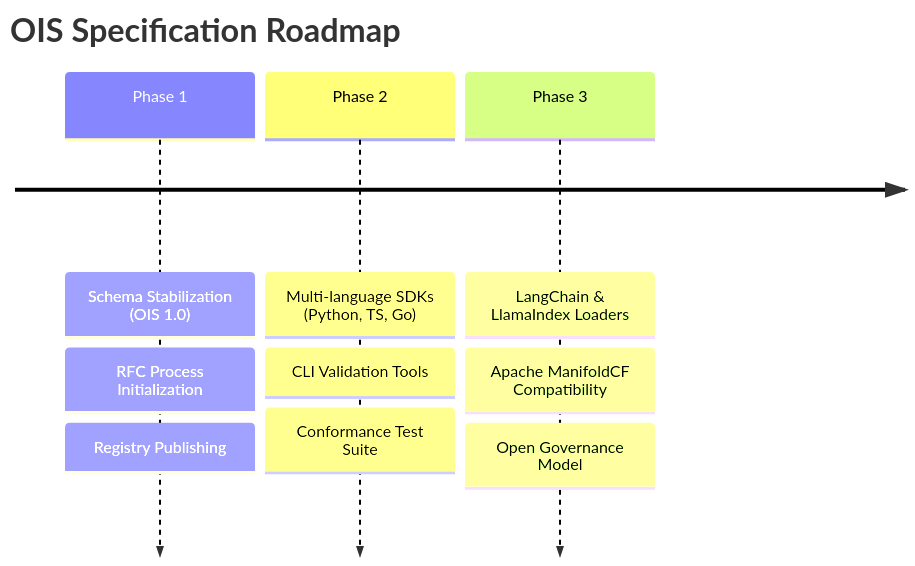
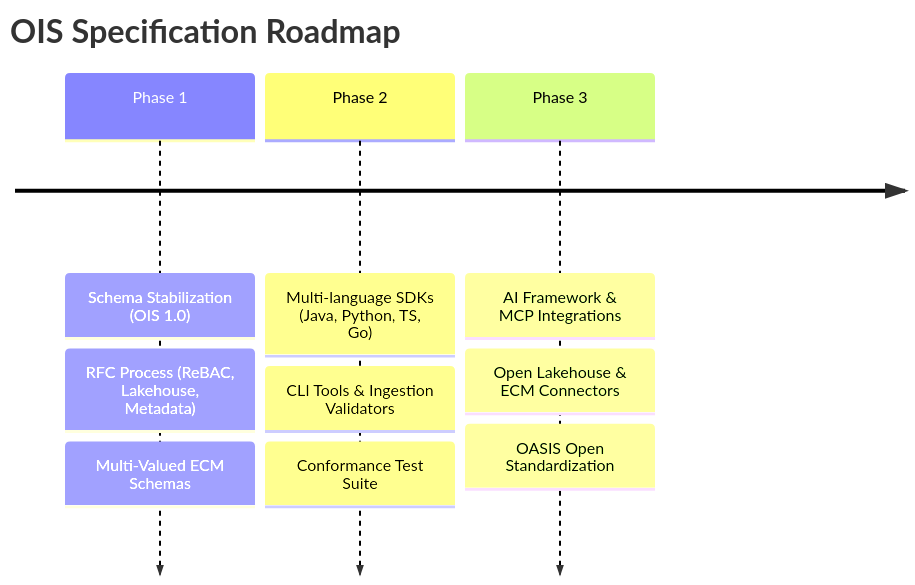
One commit to opencrawling/open-ingestion-standard changed the diagram in ROADMAP.md. Above: the diagram before and after it, drawn with Mermaid. The commit also changed other lines of this file, not shown here.

Commit message:
docs: align roadmap with lakehouse table formats, multi-valued metadata, java sdk, and mcp (#9)

````diff
--- a/ROADMAP.md
+++ b/ROADMAP.md
@@ -28,7 +27,7 @@
 ```mermaid
 timeline
     title OIS Specification Roadmap
-    Phase 1 : Schema Stabilization (OIS 1.0) : RFC Process Initialization : Registry Publishing
-    Phase 2 : Multi-language SDKs (Python, TS, Go) : CLI Validation Tools : Conformance Test Suite
-    Phase 3 : LangChain & LlamaIndex Loaders : Apache ManifoldCF Compatibility : Open Governance Model
+    Phase 1 : Schema Stabilization (OIS 1.0) : RFC Process (ReBAC, Lakehouse, Metadata) : Multi-Valued ECM Schemas
+    Phase 2 : Multi-language SDKs (Java, Python, TS, Go) : CLI Tools & Ingestion Validators : Conformance Test Suite
+    Phase 3 : AI Framework & MCP Integrations : Open Lakehouse & ECM Connectors : OASIS Open Standardization
 ```
````
